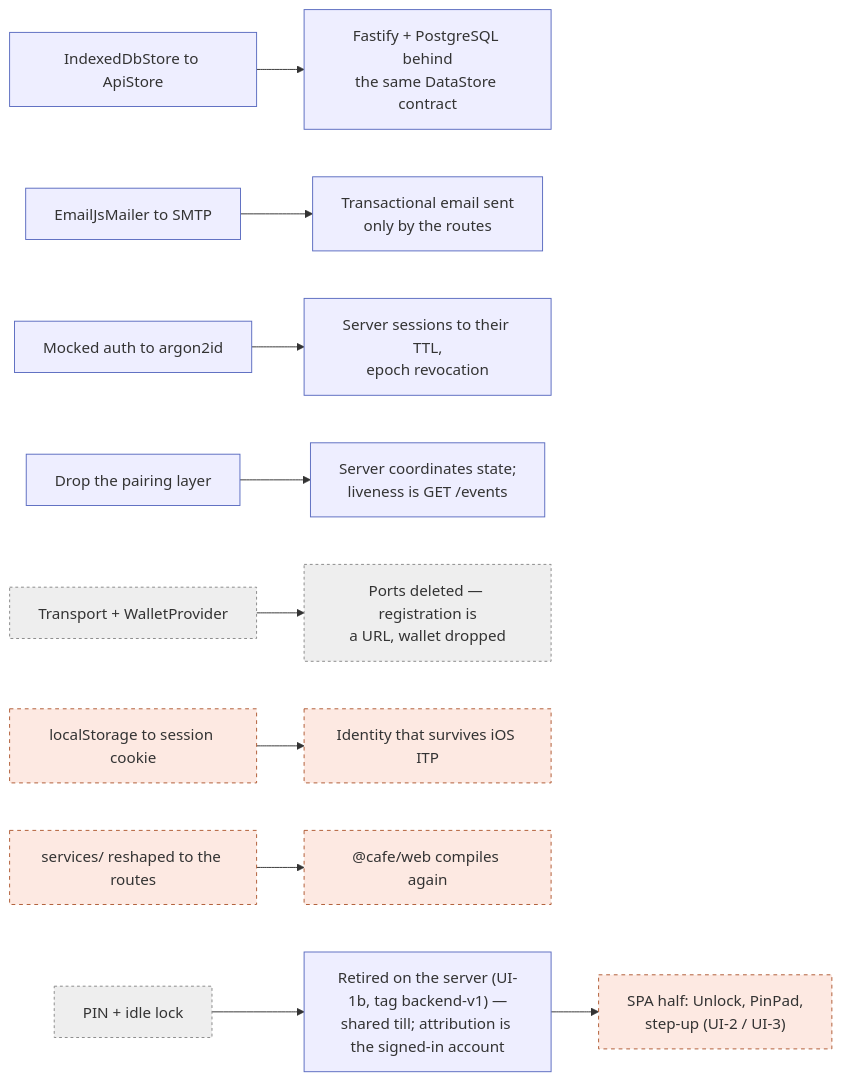
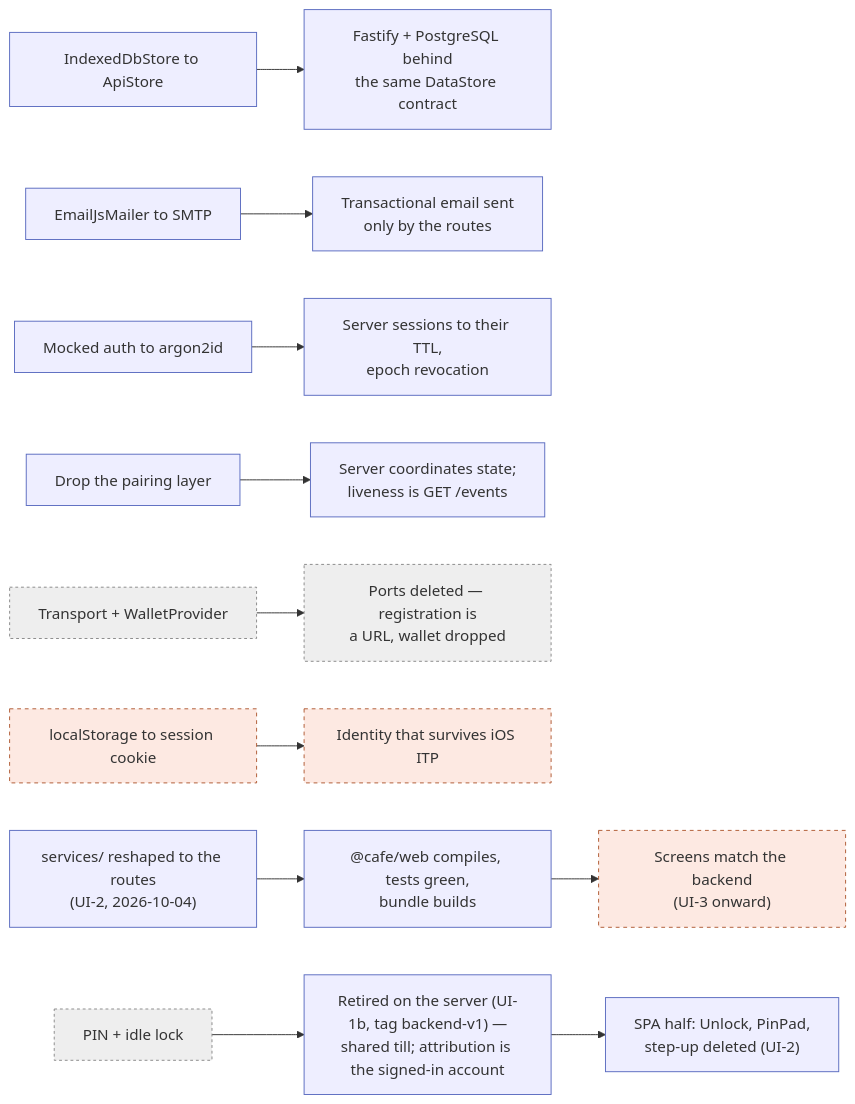
The sixth of 6 diagrams in README.md (misch0n/loyalty-system), drawn with Mermaid before and after one commit. The commit also changed other lines of this file and 73 other files, not shown here.

First line of the commit message:
feat(web): UI-2 — services reshaped to the routes, tested against the real server

````diff
--- a/README.md
+++ b/README.md
@@ -539,16 +554,17 @@
 ```mermaid
 flowchart LR
     A["IndexedDbStore to ApiStore"]:::done --> B["Fastify + PostgreSQL behind<br/>the same DataStore contract"]:::done
     E["EmailJsMailer to SMTP"]:::done --> F["Transactional email sent<br/>only by the routes"]:::done
     K["Mocked auth to argon2id"]:::done --> L["Server sessions to their TTL,<br/>epoch revocation"]:::done
     M["Drop the pairing layer"]:::done --> N["Server coordinates state;<br/>liveness is GET /events"]:::done
     O["Transport + WalletProvider"]:::cut --> P["Ports deleted — registration is<br/>a URL, wallet dropped"]:::cut
     G["localStorage to session cookie"]:::todo --> H["Identity that survives iOS ITP"]:::todo
-    Q["services/ reshaped to the routes"]:::todo --> R["@cafe/web compiles again"]:::todo
+    Q["services/ reshaped to the routes<br/>(UI-2, 2026-10-04)"]:::done --> R["@cafe/web compiles, tests green,<br/>bundle builds"]:::done
     S["PIN + idle lock"]:::cut --> T["Retired on the server (UI-1b, tag backend-v1) —<br/>shared till; attribution is the signed-in account"]:::done
-    T --> U["SPA half: Unlock, PinPad,<br/>step-up (UI-2 / UI-3)"]:::todo
+    T --> U["SPA half: Unlock, PinPad,<br/>step-up deleted (UI-2)"]:::done
+    R --> V["Screens match the backend<br/>(UI-3 onward)"]:::todo
 
     classDef done fill:#eef,stroke:#5b6cc0;
     classDef cut fill:#eee,stroke:#888,stroke-dasharray:3;
     classDef todo fill:#fde9e2,stroke:#af5a33,stroke-dasharray:4;
 ```
````
